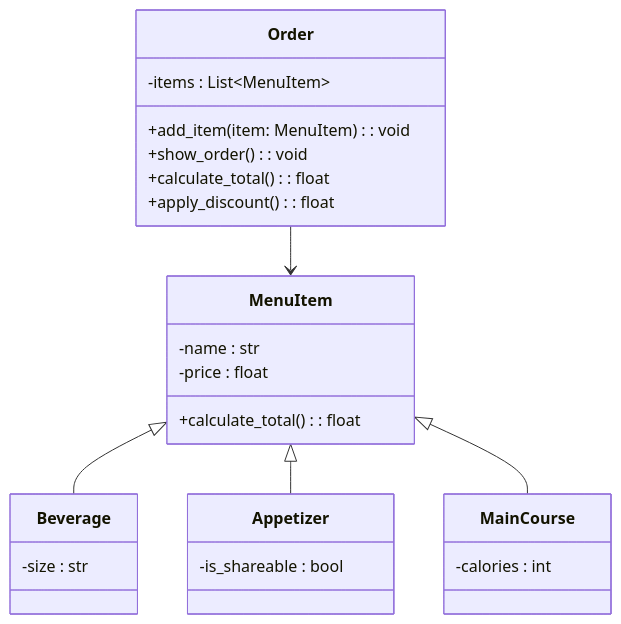
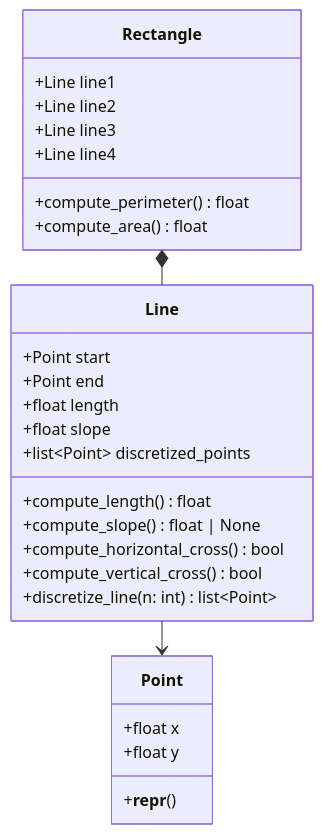
Before and after one commit to SamuelRojas09/RETO-3: the first of 2 diagrams in README.md, drawn with Mermaid.

````diff
--- a/README.md
+++ b/README.md
@@ -68,35 +68,38 @@
 ```mermaid
 classDiagram
-    direction TB
+%%{init: {"layout": "elk"}}%%
 
-    class MenuItem {
-        -name : str
-        -price : float
-        +calculate_total() : float
-    }
+class Point {
+    +float x
+    +float y
+    +__repr__()
+}
 
-    class Beverage {
-        -size : str
-    }
+class Line {
+    +Point start
+    +Point end
+    +float length
+    +float slope
+    +list~Point~ discretized_points
+    +compute_length() float
+    +compute_slope() float | None
+    +compute_horizontal_cross() bool
+    +compute_vertical_cross() bool
+    +discretize_line(n: int) list~Point~
+}
 
-    class Appetizer {
-        -is_shareable : bool
-    }
+class Rectangle {
+    +Line line1
+    +Line line2
+    +Line line3
+    +Line line4
+    +compute_perimeter() float
+    +compute_area() float
+}
 
-    class MainCourse {
-        -calories : int
-    }
+Line --> Point
+Rectangle *-- Line
 
-    class Order {
-        -items : List~MenuItem~
-        +add_item(item: MenuItem) : void
-        +show_order() : void
-        +calculate_total() : float
-        +apply_discount() : float
-    }
-
-    MenuItem <|-- Beverage
-    MenuItem <|-- Appetizer
-    MenuItem <|-- MainCourse
-    Order --> MenuItem
+%% Line está definida por 2 puntos
+%% Rectangle está compuesto por 4 líneas
 ```
````
